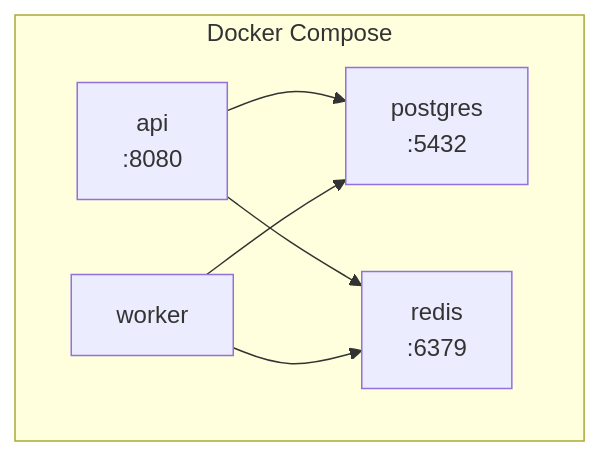
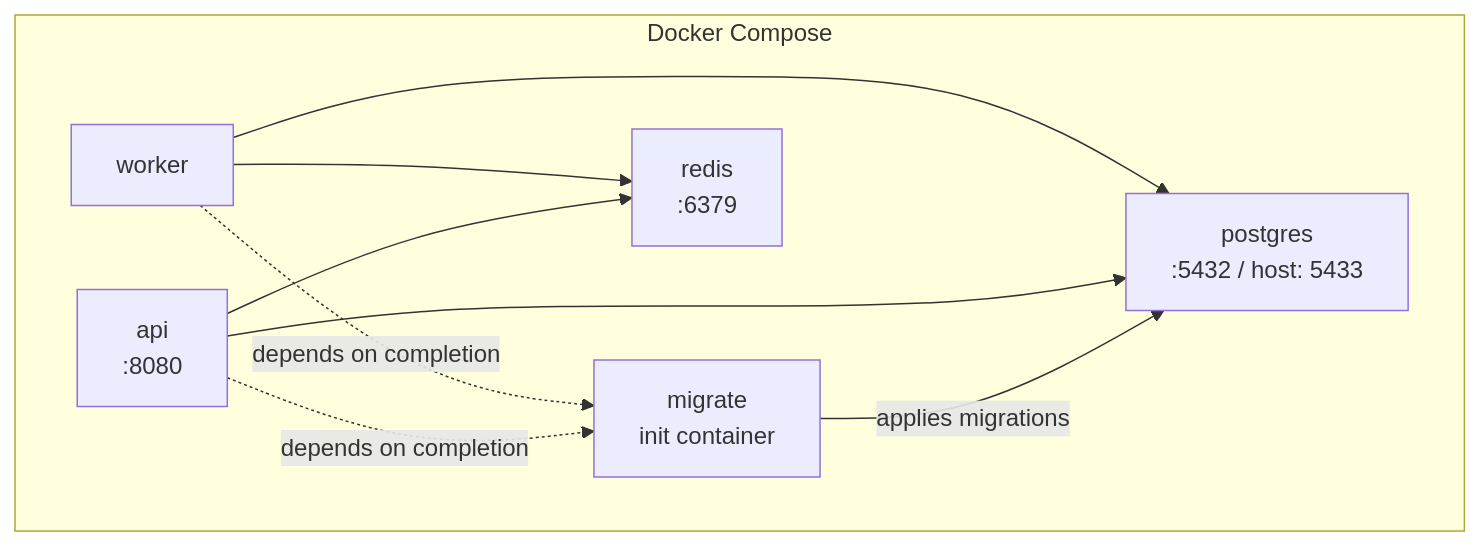
The fifth of 5 diagrams in docs/architecture/stage-01.md (AyanGoel725/flowforge), drawn with Mermaid before and after one commit. The commit also changed other lines of this file and 55 other files, not shown here.

````diff
--- a/docs/architecture/stage-01.md
+++ b/docs/architecture/stage-01.md
@@ -128,14 +128,18 @@
 ```mermaid
 graph TB
     subgraph Docker Compose
+        MIGRATE_C[migrate<br/>init container]
         API_C[api<br/>:8080]
         WORKER_C[worker]
-        PG_C[postgres<br/>:5432]
+        PG_C[postgres<br/>:5432 / host: 5433]
         REDIS_C[redis<br/>:6379]
     end
 
+    MIGRATE_C -->|applies migrations| PG_C
+    API_C -.->|depends on completion| MIGRATE_C
+    WORKER_C -.->|depends on completion| MIGRATE_C
     API_C --> PG_C
     API_C --> REDIS_C
     WORKER_C --> PG_C
     WORKER_C --> REDIS_C
 ```
````
